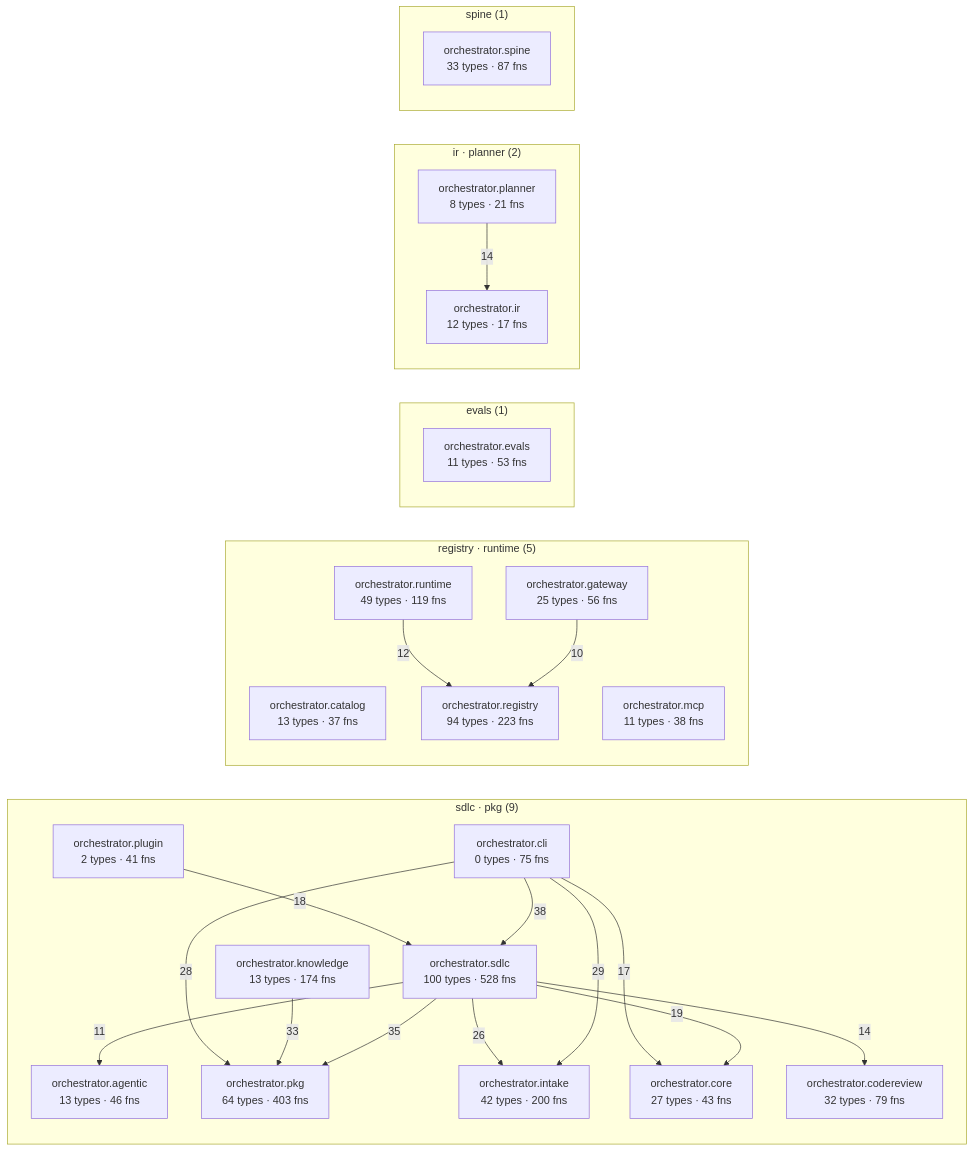
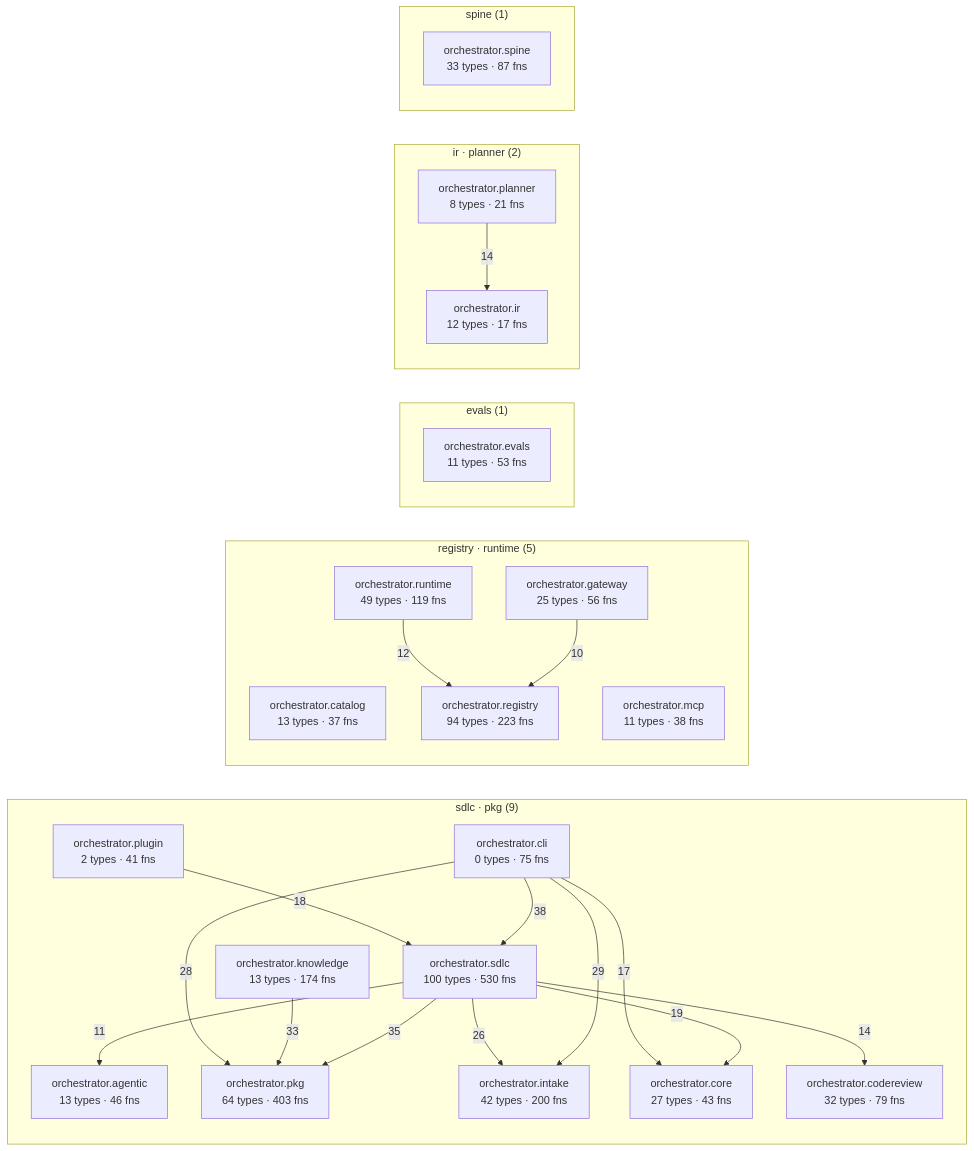
One commit to synaptixs/spine changed the diagram in episteme/architecture.md. Above: the diagram before and after it, drawn with Mermaid. The commit also changed other lines of this file and 15 other files, not shown here.

````diff
--- a/episteme/architecture.md
+++ b/episteme/architecture.md
@@ -54,45 +54,45 @@
 ```mermaid
 flowchart LR
   subgraph c_1["sdlc · pkg (9)"]
     aorchestratoragentic["orchestrator.agentic<br/>13 types · 46 fns"]
     aorchestratorcli["orchestrator.cli<br/>0 types · 75 fns"]
     aorchestratorcodereview["orchestrator.codereview<br/>32 types · 79 fns"]
     aorchestratorcore["orchestrator.core<br/>27 types · 43 fns"]
     aorchestratorintake["orchestrator.intake<br/>42 types · 200 fns"]
     aorchestratorknowledge["orchestrator.knowledge<br/>13 types · 174 fns"]
     aorchestratorpkg["orchestrator.pkg<br/>64 types · 403 fns"]
     aorchestratorplugin["orchestrator.plugin<br/>2 types · 41 fns"]
-    aorchestratorsdlc["orchestrator.sdlc<br/>100 types · 528 fns"]
+    aorchestratorsdlc["orchestrator.sdlc<br/>100 types · 530 fns"]
   end
   subgraph c_3["registry · runtime (5)"]
     aorchestratorcatalog["orchestrator.catalog<br/>13 types · 37 fns"]
     aorchestratorgateway["orchestrator.gateway<br/>25 types · 56 fns"]
     aorchestratormcp["orchestrator.mcp<br/>11 types · 38 fns"]
     aorchestratorregistry["orchestrator.registry<br/>94 types · 223 fns"]
     aorchestratorruntime["orchestrator.runtime<br/>49 types · 119 fns"]
   end
   subgraph c_5["evals (1)"]
     aorchestratorevals["orchestrator.evals<br/>11 types · 53 fns"]
   end
   subgraph c_7["ir · planner (2)"]
     aorchestratorir["orchestrator.ir<br/>12 types · 17 fns"]
     aorchestratorplanner["orchestrator.planner<br/>8 types · 21 fns"]
   end
   subgraph c_10["spine (1)"]
     aorchestratorspine["orchestrator.spine<br/>33 types · 87 fns"]
   end
   aorchestratorcli -->|38| aorchestratorsdlc
   aorchestratorsdlc -->|35| aorchestratorpkg
   aorchestratorknowledge -->|33| aorchestratorpkg
   aorchestratorcli -->|29| aorchestratorintake
   aorchestratorcli -->|28| aorchestratorpkg
   aorchestratorsdlc -->|26| aorchestratorintake
   aorchestratorsdlc -->|19| aorchestratorcore
   aorchestratorplugin -->|18| aorchestratorsdlc
   aorchestratorcli -->|17| aorchestratorcore
   aorchestratorplanner -->|14| aorchestratorir
   aorchestratorsdlc -->|14| aorchestratorcodereview
   aorchestratorruntime -->|12| aorchestratorregistry
   aorchestratorsdlc -->|11| aorchestratoragentic
   aorchestratorgateway -->|10| aorchestratorregistry
 ```
````
